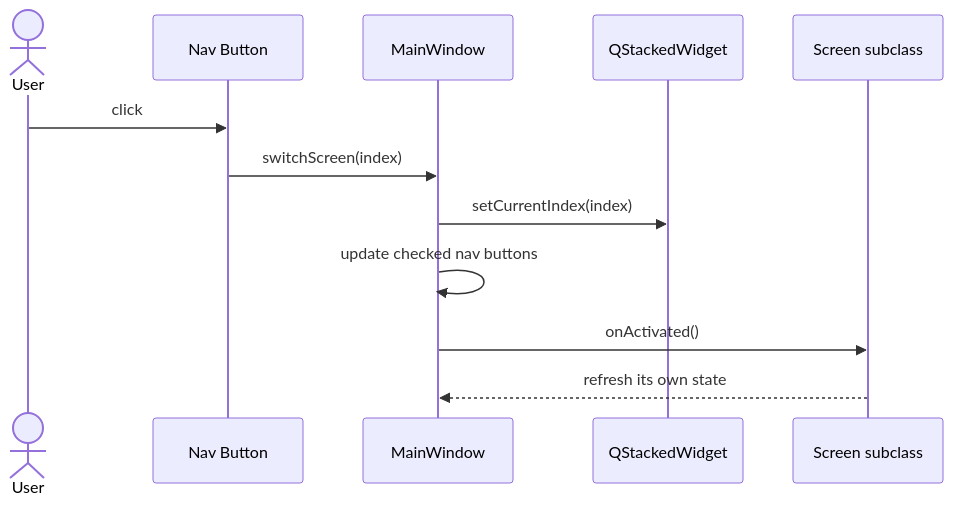
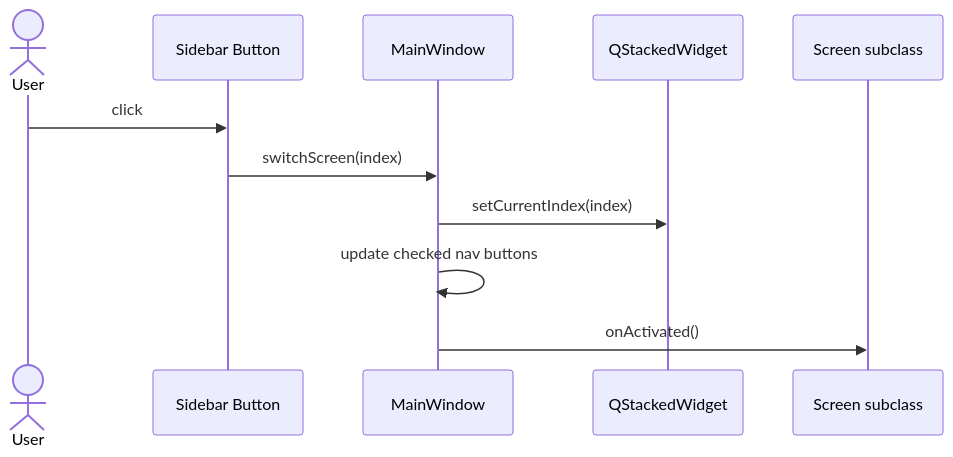
One commit to PhyoThihaOo32/MindEasePanther changed the seventh of 8 diagrams in ARCHITECTURE_DIAGRAMS.md. Above: the diagram before and after it, drawn with Mermaid. The commit also changed other lines of this file and 76 other files, not shown here.

````diff
--- a/ARCHITECTURE_DIAGRAMS.md
+++ b/ARCHITECTURE_DIAGRAMS.md
@@ -231,15 +267,14 @@
 ```mermaid
 sequenceDiagram
     actor User
-    participant SidebarButton as Nav Button
+    participant Sidebar as Sidebar Button
     participant MainWindow
     participant Stack as QStackedWidget
     participant ScreenObj as Screen subclass
 
-    User->>SidebarButton: click
-    SidebarButton->>MainWindow: switchScreen(index)
+    User->>Sidebar: click
+    Sidebar->>MainWindow: switchScreen(index)
     MainWindow->>Stack: setCurrentIndex(index)
     MainWindow->>MainWindow: update checked nav buttons
     MainWindow->>ScreenObj: onActivated()
-    ScreenObj-->>MainWindow: refresh its own state
 ```
````
